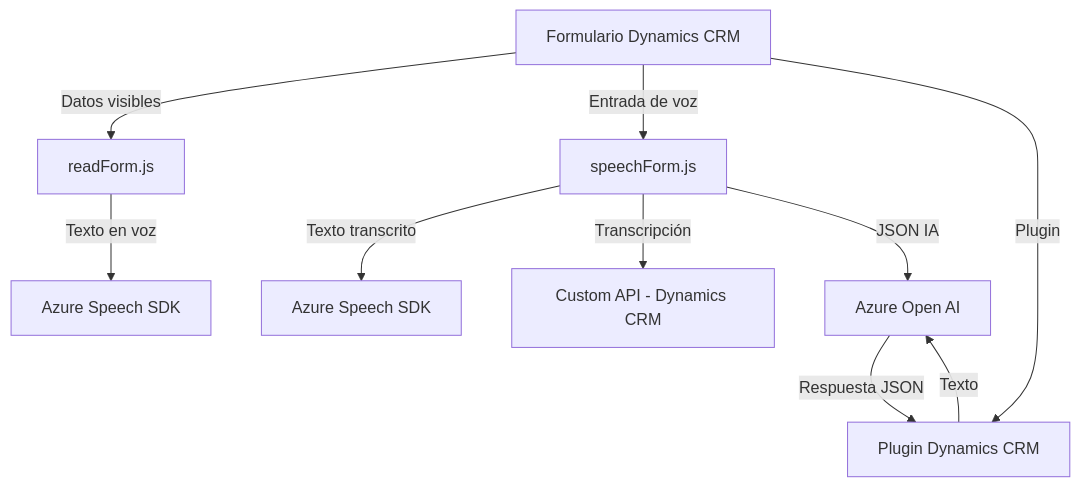
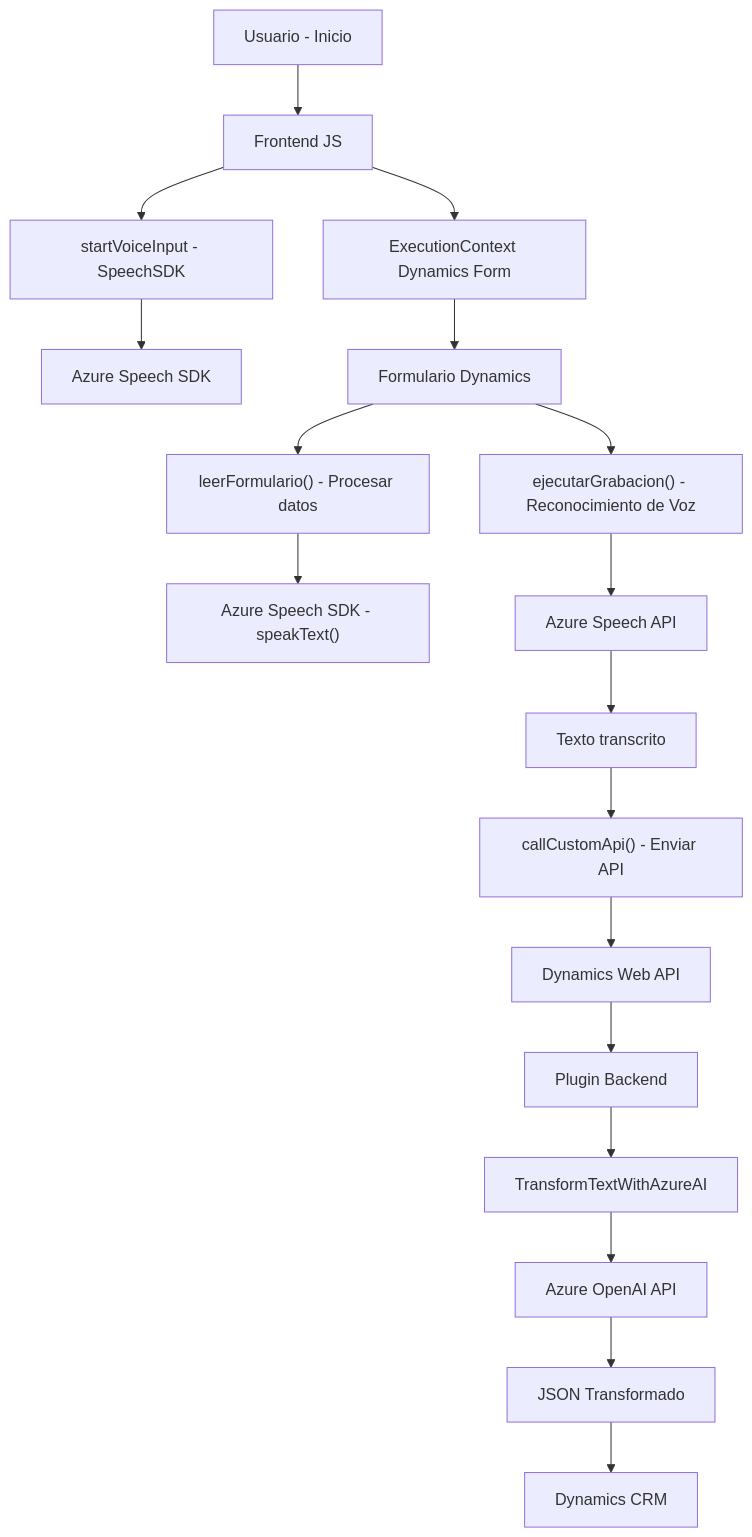
Before and after one commit to blopezdm/NETCORE_BILBAO2025: the diagram in README.md, drawn with Mermaid. The commit also changed other lines of this file, not shown here.

````diff
--- a/README.md
+++ b/README.md
@@ -71,13 +51,20 @@
 ```mermaid
 graph TD
-  A["Formulario Dynamics CRM"] -->|Datos visibles| B["readForm.js"]
-  A -->|Entrada de voz| C["speechForm.js"]
-  B -->|Texto en voz| D["Azure Speech SDK"]
-  C -->|Texto transcrito| E["Azure Speech SDK"]
-  C -->|Transcripción| F["Custom API - Dynamics CRM"]
-  C -->|JSON IA| G["Azure Open AI"]
-
-  H["Plugin Dynamics CRM"] -->|Texto| G
-  G -->|Respuesta JSON| H
-  A -->|Plugin| H
+    A["Usuario - Inicio"] --> B["Frontend JS"]
+    B --> C["startVoiceInput - SpeechSDK"]
+    B --> D["ExecutionContext Dynamics Form"]
+    C --> E["Azure Speech SDK"]
+    D --> F["Formulario Dynamics"]
+    F --> G["leerFormulario() - Procesar datos"]
+    G --> H["Azure Speech SDK - speakText()"]
+    F --> I["ejecutarGrabacion() - Reconocimiento de Voz"]
+    I --> J["Azure Speech API"]
+    J --> K["Texto transcrito"]
+    K --> L["callCustomApi() - Enviar API"]
+    L --> M["Dynamics Web API"]
+    M --> N["Plugin Backend"]
+    N --> O["TransformTextWithAzureAI"]
+    O --> P["Azure OpenAI API"]
+    P --> Q["JSON Transformado"]
+    Q --> R["Dynamics CRM"]
 ```
````
